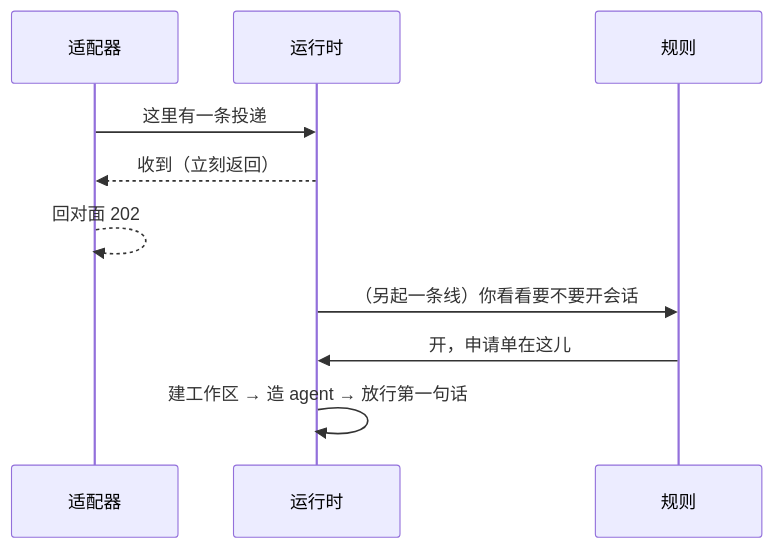
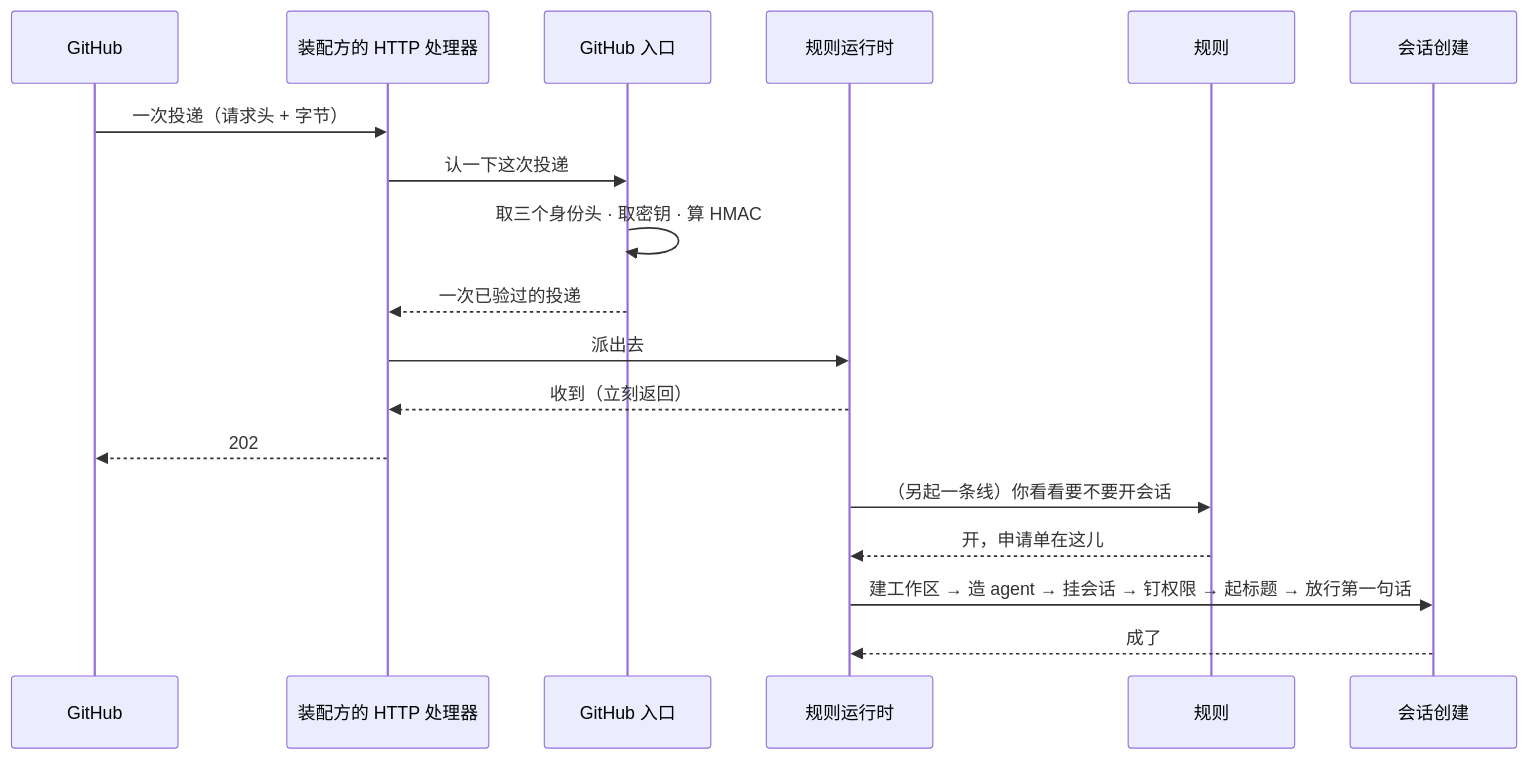
Diagram 21 of 49 in docs/modules/webhook.md (snight1983/ds-harness-go), drawn with Mermaid before and after one commit. The commit also changed other lines of this file and 43 other files, not shown here.

Commit message:
docs: 图解架构与模块设计

````diff
--- a/docs/modules/webhook.md
+++ b/docs/modules/webhook.md
@@ -103,12 +225,21 @@
 ```mermaid
 sequenceDiagram
-    participant A as 适配器
-    participant R as 运行时
+    participant G as GitHub
+    participant A as 装配方的 HTTP 处理器
+    participant I as GitHub 入口
+    participant R as 规则运行时
     participant U as 规则
-    A->>R: 这里有一条投递
+    participant S as 会话创建
+
+    G->>A: 一次投递（请求头 + 字节）
+    A->>I: 认一下这次投递
+    I->>I: 取三个身份头 · 取密钥 · 算 HMAC
+    I-->>A: 一次已验过的投递
+    A->>R: 派出去
     R-->>A: 收到（立刻返回）
-    A-->>A: 回对面 202
+    A-->>G: 202
     R->>U: （另起一条线）你看看要不要开会话
-    U->>R: 开，申请单在这儿
-    R->>R: 建工作区 → 造 agent → 放行第一句话
+    U-->>R: 开，申请单在这儿
+    R->>S: 建工作区 → 造 agent → 挂会话 → 钉权限 → 起标题 → 放行第一句话
+    S-->>R: 成了
 ```
````
